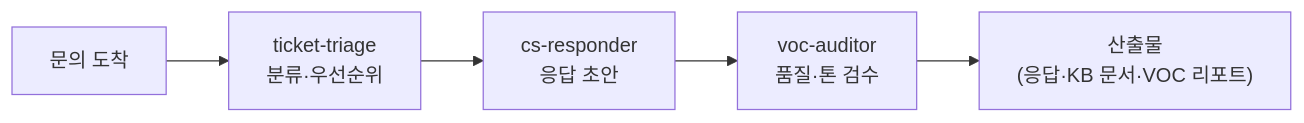
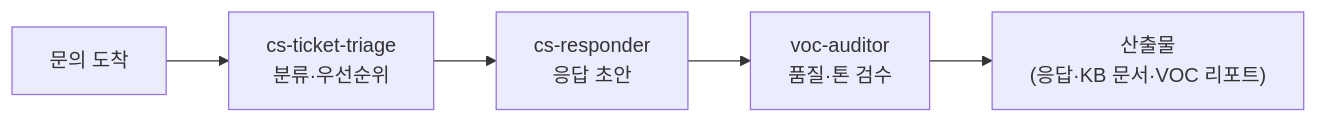
Before and after one commit to modu-ai/cowork-plugins: the diagram in www/content/moai-agents/cs.md, drawn with Mermaid. The commit also changed other lines of this file and 45 other files, not shown here.

First line of the commit message:
docs(www): 스킬명 정합 + 깨진 링크 수정 + mermaid 보강

````diff
--- a/www/content/moai-agents/cs.md
+++ b/www/content/moai-agents/cs.md
@@ -16,7 +16,7 @@
 ```mermaid
 flowchart LR
-   A["문의 도착"] --> B["ticket-triage<br/>분류·우선순위"]
+   A["문의 도착"] --> B["cs-ticket-triage<br/>분류·우선순위"]
    B --> C["cs-responder<br/>응답 초안"]
    C --> D["voc-auditor<br/>품질·톤 검수"]
    D --> E["산출물<br/>(응답·KB 문서·VOC 리포트)"]
 ```
````
